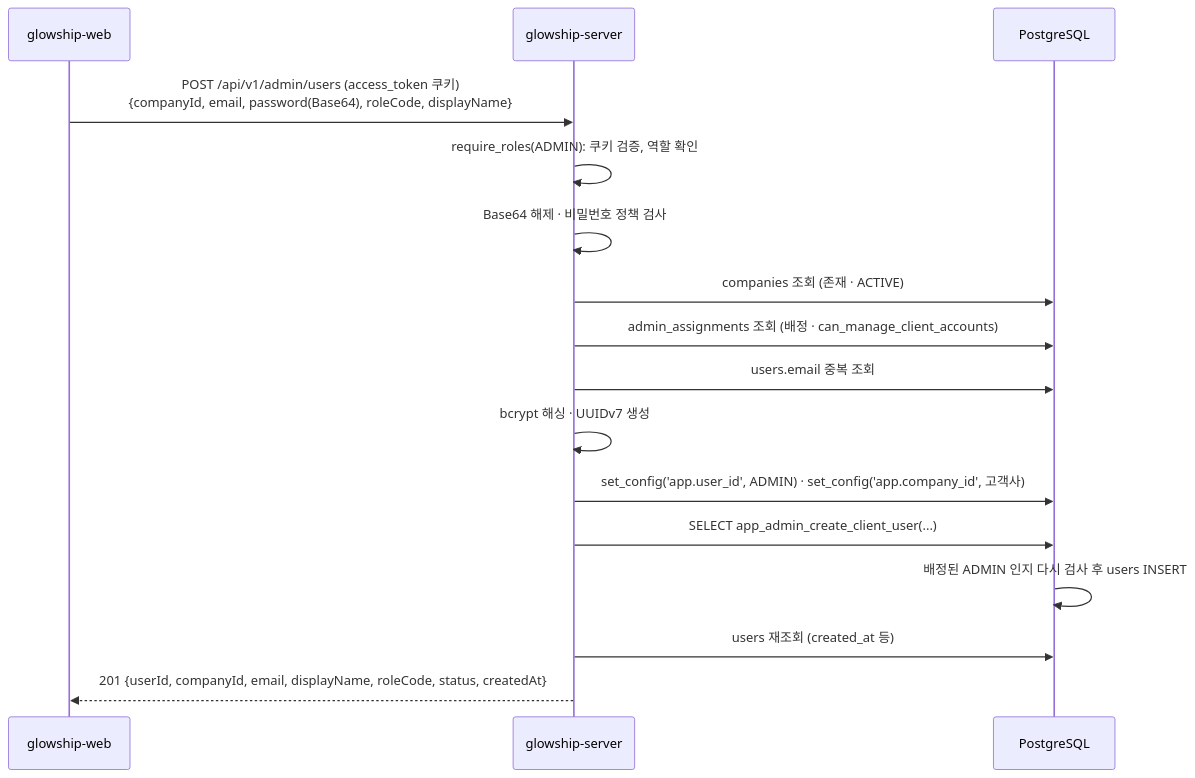
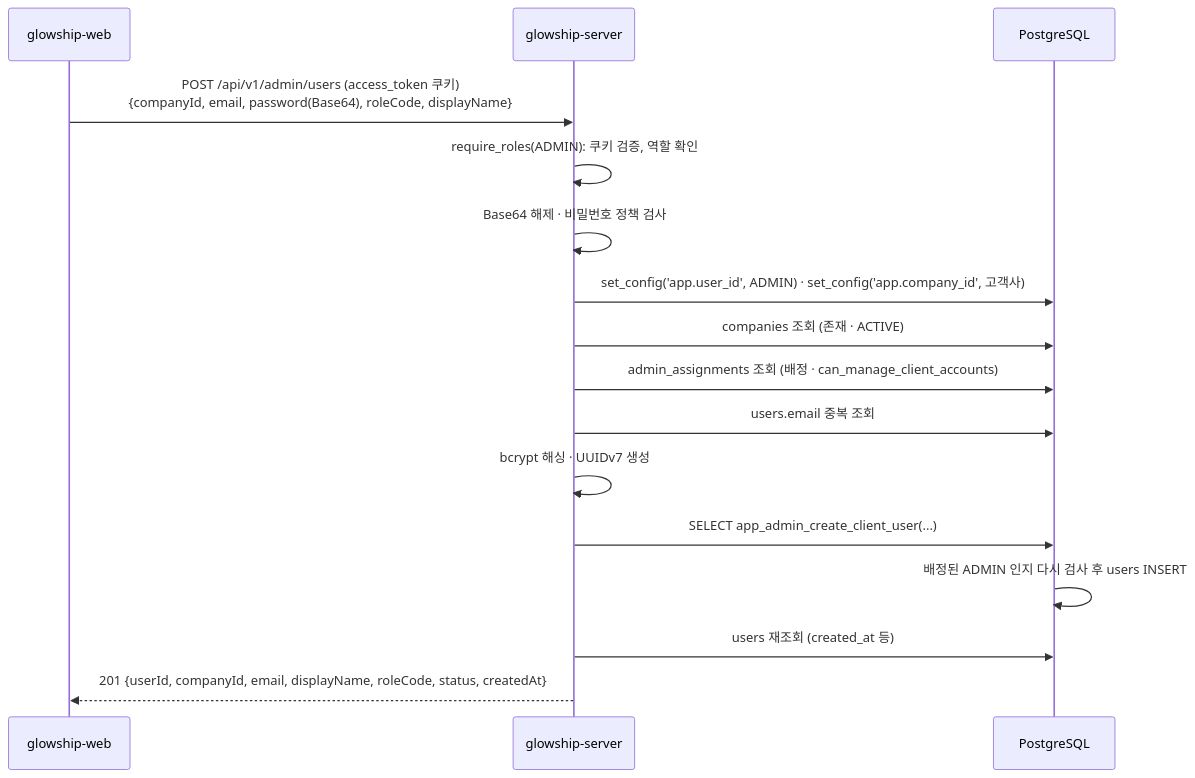
The diagram in docs/admin/client-account.md (K-GlowShip/glowship-server), drawn with Mermaid before and after one commit. The commit also changed other lines of this file and 4 other files, not shown here.

First line of the commit message:
fix(user): 고객사·배정 조회 전에 RLS 컨텍스트를 설정하도록 순서 수정 #GLOW-85

````diff
--- a/docs/admin/client-account.md
+++ b/docs/admin/client-account.md
@@ -10,19 +10,19 @@
 ```mermaid
 sequenceDiagram
     participant W as glowship-web
     participant S as glowship-server
     participant DB as PostgreSQL
 
     W->>S: POST /api/v1/admin/users (access_token 쿠키)<br/>{companyId, email, password(Base64), roleCode, displayName}
     S->>S: require_roles(ADMIN): 쿠키 검증, 역할 확인
     S->>S: Base64 해제 · 비밀번호 정책 검사
+    S->>DB: set_config('app.user_id', ADMIN) · set_config('app.company_id', 고객사)
     S->>DB: companies 조회 (존재 · ACTIVE)
     S->>DB: admin_assignments 조회 (배정 · can_manage_client_accounts)
     S->>DB: users.email 중복 조회
     S->>S: bcrypt 해싱 · UUIDv7 생성
-    S->>DB: set_config('app.user_id', ADMIN) · set_config('app.company_id', 고객사)
     S->>DB: SELECT app_admin_create_client_user(...)
     DB->>DB: 배정된 ADMIN 인지 다시 검사 후 users INSERT
     S->>DB: users 재조회 (created_at 등)
     S-->>W: 201 {userId, companyId, email, displayName, roleCode, status, createdAt}
 ```
````
